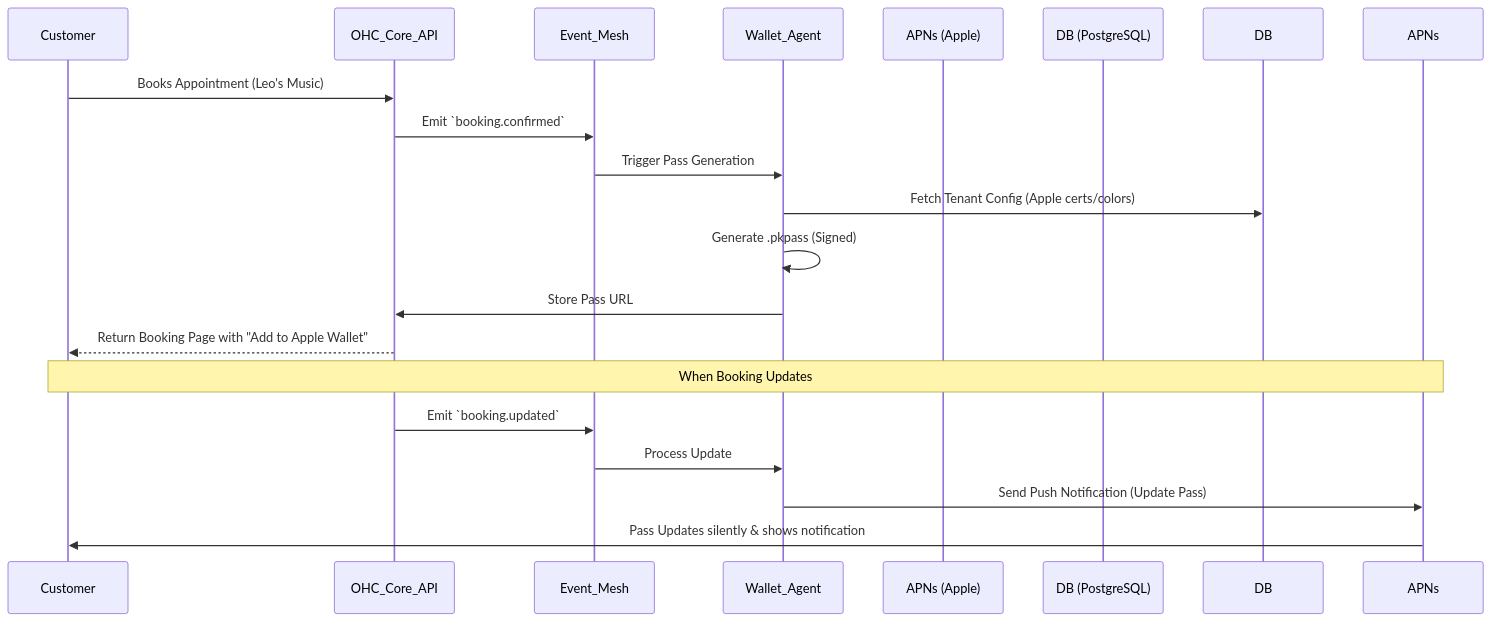
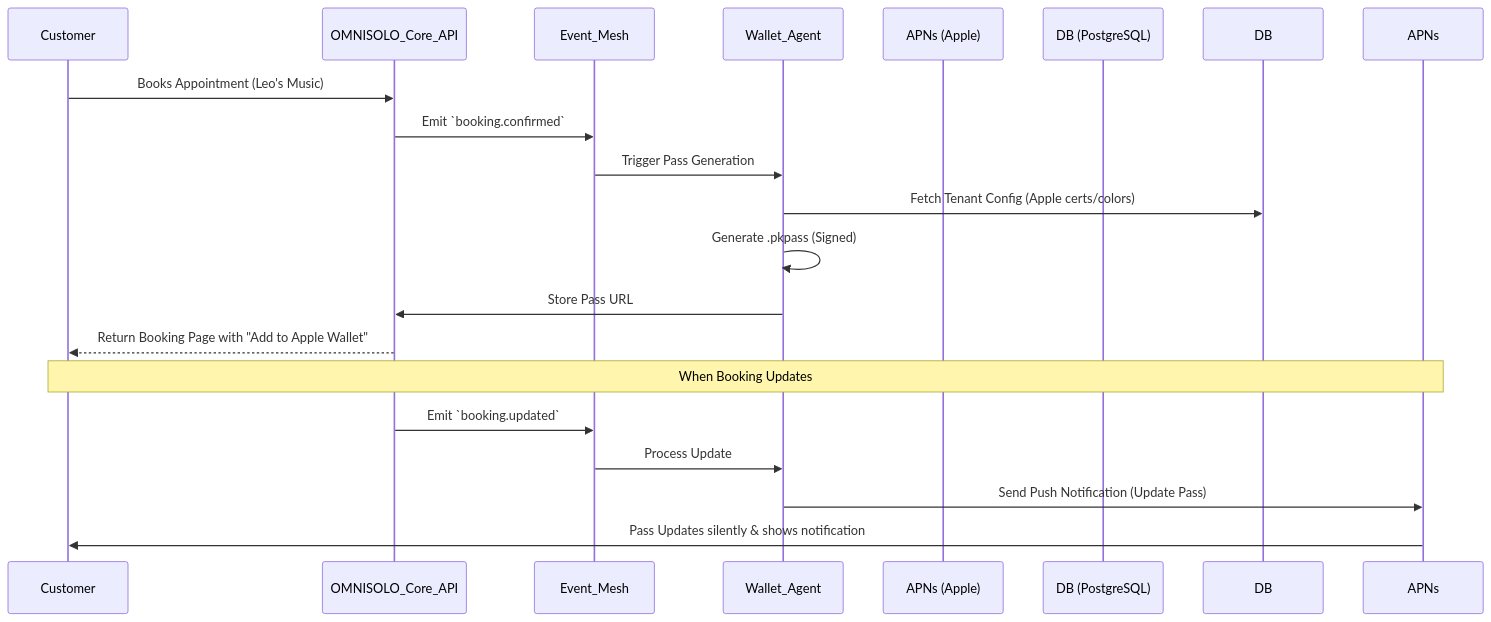
Before and after one commit to omnisolo-llc/onehumancorp: the diagram in docs/research/[architecture]_invisible_mobile_wallet_pass_engine.md, drawn with Mermaid. The commit also changed other lines of this file and 2191 other files, not shown here.

````diff
--- a/docs/research/[architecture]_invisible_mobile_wallet_pass_engine.md
+++ b/docs/research/[architecture]_invisible_mobile_wallet_pass_engine.md
@@ -14,23 +14,23 @@
 ```mermaid
 sequenceDiagram
     participant Customer
-    participant OHC_Core_API
+    participant OMNISOLO_Core_API
     participant Event_Mesh
     participant Wallet_Agent
     participant APNs (Apple)
     participant DB (PostgreSQL)
 
-    Customer->>OHC_Core_API: Books Appointment (Leo's Music)
-    OHC_Core_API->>Event_Mesh: Emit `booking.confirmed`
+    Customer->>OMNISOLO_Core_API: Books Appointment (Leo's Music)
+    OMNISOLO_Core_API->>Event_Mesh: Emit `booking.confirmed`
     Event_Mesh->>Wallet_Agent: Trigger Pass Generation
     Wallet_Agent->>DB: Fetch Tenant Config (Apple certs/colors)
     Wallet_Agent->>Wallet_Agent: Generate .pkpass (Signed)
-    Wallet_Agent->>OHC_Core_API: Store Pass URL
-    OHC_Core_API-->>Customer: Return Booking Page with "Add to Apple Wallet"
+    Wallet_Agent->>OMNISOLO_Core_API: Store Pass URL
+    OMNISOLO_Core_API-->>Customer: Return Booking Page with "Add to Apple Wallet"
 
     Note over Customer, APNs: When Booking Updates
-    OHC_Core_API->>Event_Mesh: Emit `booking.updated`
+    OMNISOLO_Core_API->>Event_Mesh: Emit `booking.updated`
     Event_Mesh->>Wallet_Agent: Process Update
     Wallet_Agent->>APNs: Send Push Notification (Update Pass)
     APNs->>Customer: Pass Updates silently & shows notification
 ```
````
